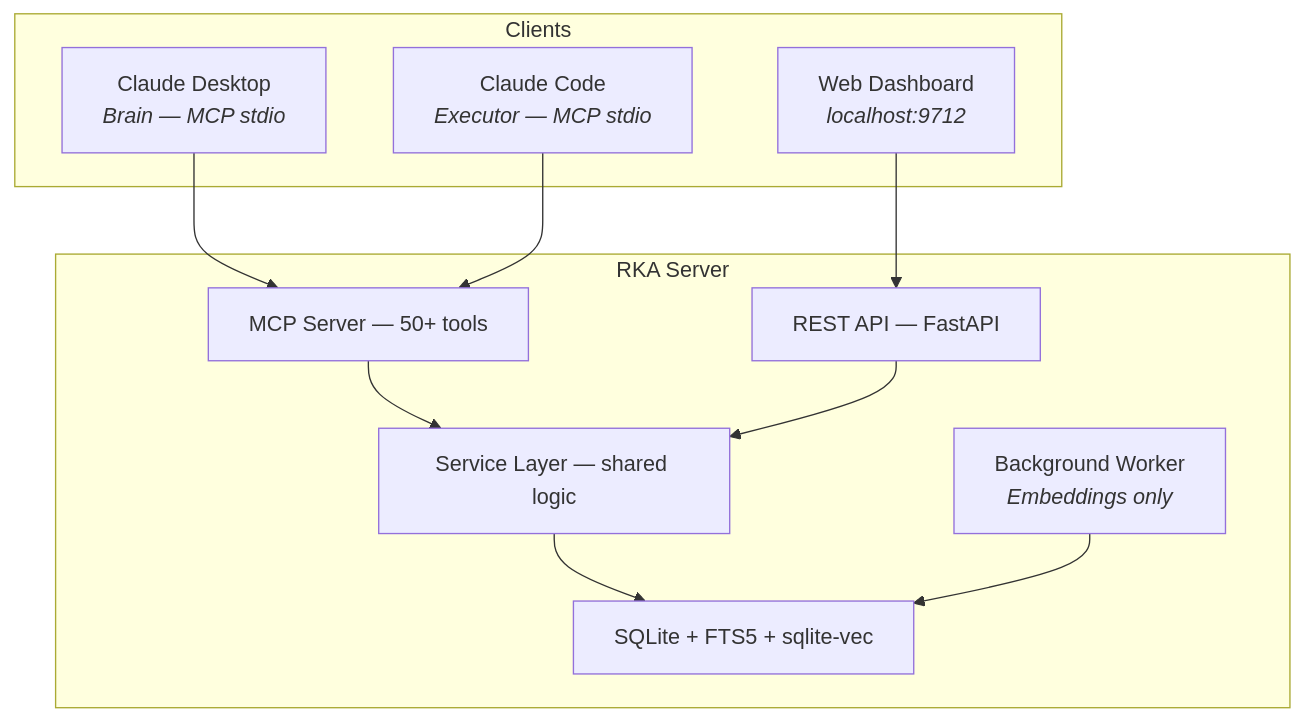
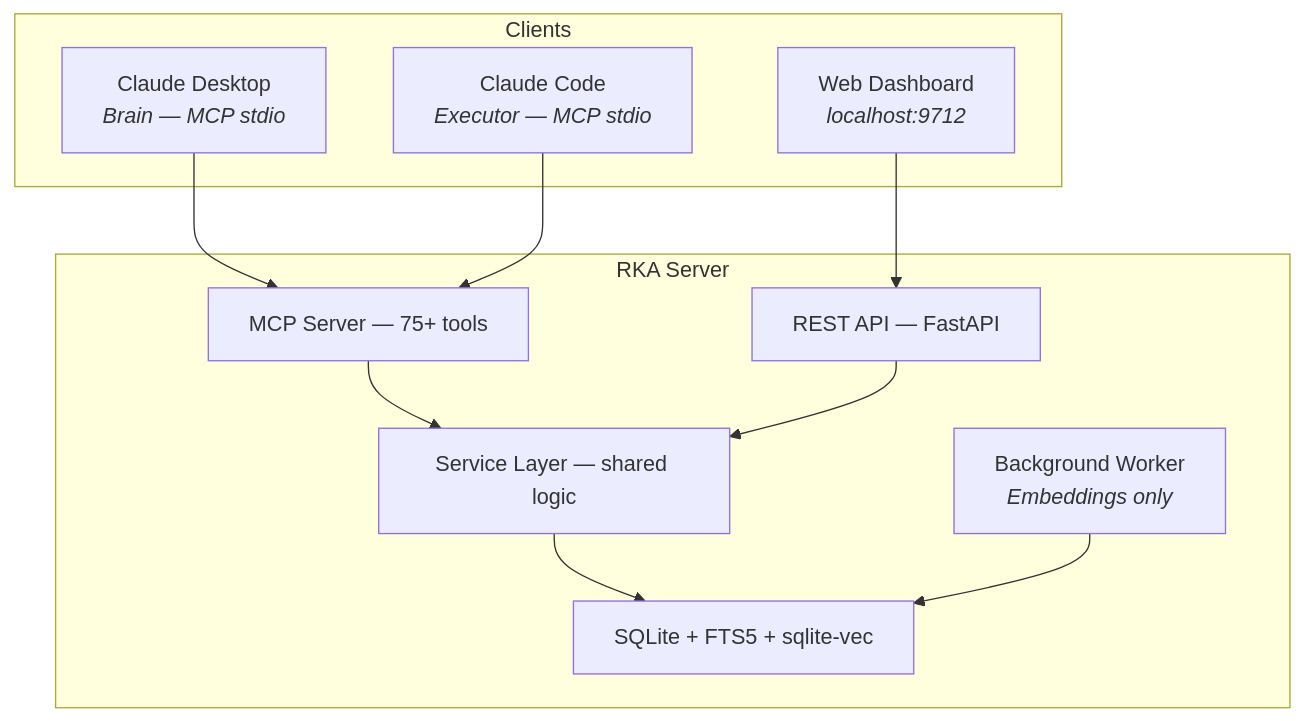
One commit to infinitywings/rka changed the fourth of 4 diagrams in README.md. Above: the diagram before and after it, drawn with Mermaid. The commit also changed other lines of this file and 1 other file, not shown here.

````diff
--- a/README.md
+++ b/README.md
@@ -181,24 +190,24 @@
 ```mermaid
 graph TD
     subgraph Clients
         CD["Claude Desktop<br/><i>Brain — MCP stdio</i>"]
         CC["Claude Code<br/><i>Executor — MCP stdio</i>"]
         WEB["Web Dashboard<br/><i>localhost:9712</i>"]
     end
 
     subgraph "RKA Server"
-        MCP["MCP Server — 50+ tools"]
+        MCP["MCP Server — 75+ tools"]
         API["REST API — FastAPI"]
         SVC["Service Layer — shared logic"]
         DB["SQLite + FTS5 + sqlite-vec"]
         WORKER["Background Worker<br/><i>Embeddings only</i>"]
     end
 
     CD --> MCP
     CC --> MCP
     WEB --> API
     MCP --> SVC
     API --> SVC
     SVC --> DB
     WORKER --> DB
 ```
````
